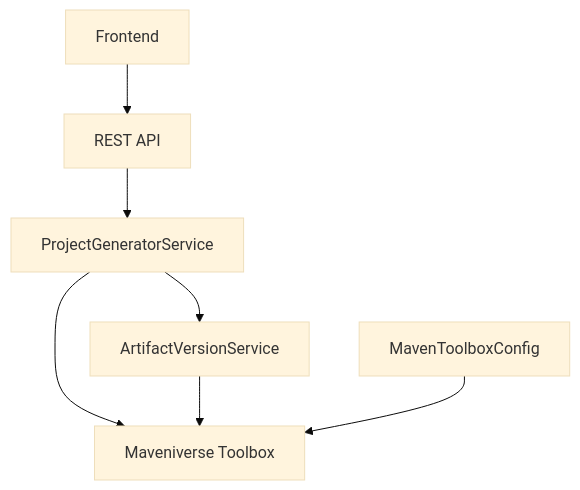
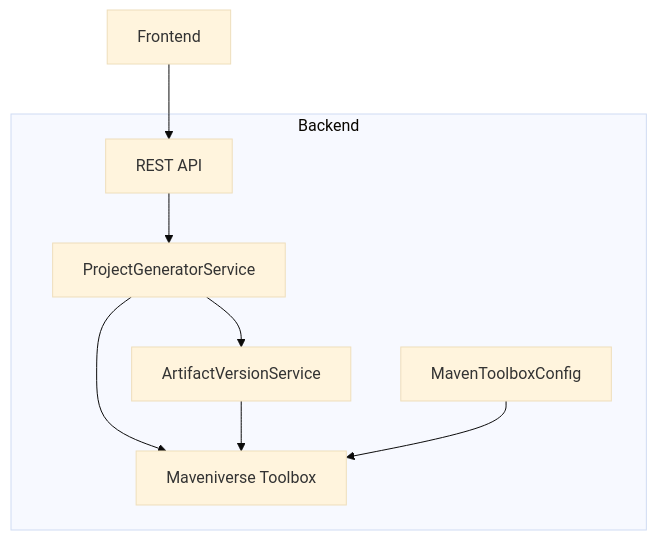
One commit to support-and-care/maven-initializer changed the first of 4 diagrams in docs/architecture.md. Above: the diagram before and after it, drawn with Mermaid (base theme). The commit also changed other lines of this file and 3 other files, not shown here.

Commit message:
improve the mermaid diagrams

````diff
--- a/docs/architecture.md
+++ b/docs/architecture.md
@@ -9,16 +9,19 @@
 ```mermaid
 flowchart TB
-    UI[Frontend]
-    API[REST API]
-    PG[ProjectGeneratorService]
-    AV[ArtifactVersionService]
-    CFG[MavenToolboxConfig]
-    TB[Maveniverse Toolbox]
+    FE[Frontend]
 
-    UI --> API
+    subgraph Backend["Backend"]
+        API[REST API]
+        PG[ProjectGeneratorService]
+        AV[ArtifactVersionService]
+        CFG[MavenToolboxConfig]
+        TB[Maveniverse Toolbox]
+    end
+
+    FE --> API
     API --> PG
     PG --> AV
     PG --> TB
     AV --> TB
     CFG --> TB
 ```
````
